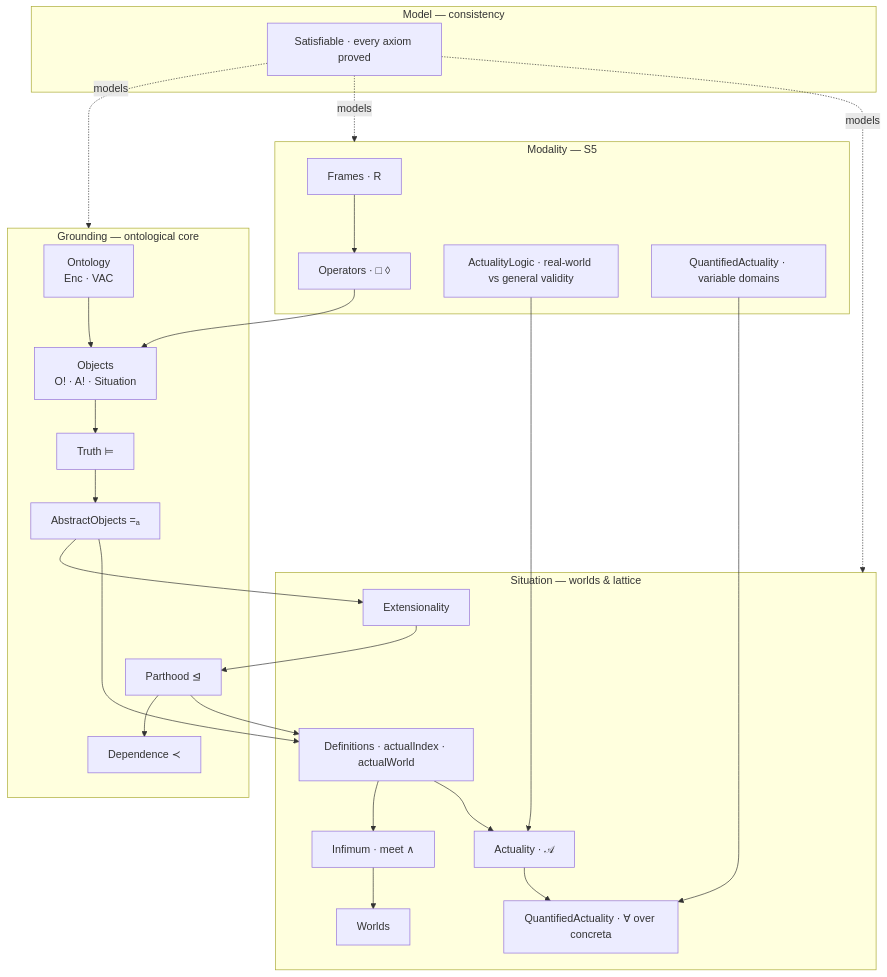
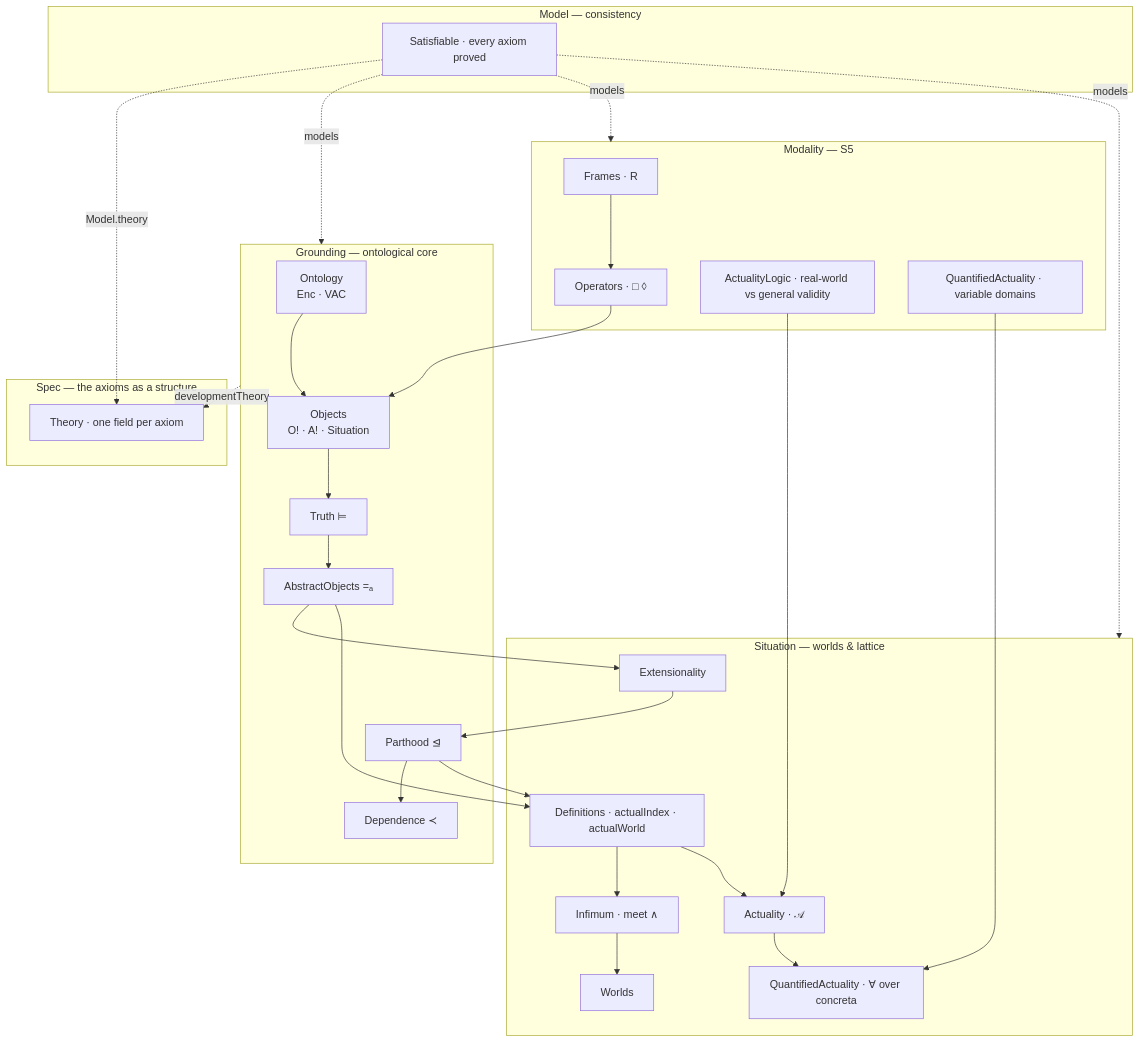
The first of 3 diagrams in README.md (HanielUlises/Possible-World-Semantics), drawn with Mermaid before and after one commit. The commit also changed other lines of this file and 1 other file, not shown here.

Commit message:
Document the Lean-checked link between the model and the axioms

````diff
--- a/README.md
+++ b/README.md
@@ -18,40 +18,45 @@
 ```mermaid
 flowchart TD
     subgraph G["Grounding — ontological core"]
         Ont["Ontology<br/>Enc · VAC"]
         Obj["Objects<br/>O! · A! · Situation"]
         Tru["Truth ⊨"]
         Par["Parthood ⊴"]
         Dep["Dependence ≺"]
         Abs["AbstractObjects =ₐ"]
     end
     subgraph M["Modality — S5"]
         Fr["Frames · R"]
         Op["Operators · □ ◊"]
         AL["ActualityLogic · real-world vs general validity"]
         QA["QuantifiedActuality · variable domains"]
     end
     subgraph S["Situation — worlds & lattice"]
         Def["Definitions · actualIndex · actualWorld"]
         Ext["Extensionality"]
         Inf["Infimum · meet ∧"]
         Wld["Worlds"]
         Act["Actuality · 𝒜"]
         QAct["QuantifiedActuality · ∀ over concreta"]
     end
     Fr --> Op
     Ont --> Obj --> Tru --> Abs --> Ext --> Par --> Dep
     Op --> Obj
     Par --> Def
     Abs --> Def --> Inf --> Wld
     Def --> Act
     AL --> Act
     Act --> QAct
     QA --> QAct
     subgraph X["Model — consistency"]
         Sat["Satisfiable · every axiom proved"]
     end
     Sat -. "models" .-> G
     Sat -. "models" .-> M
     Sat -. "models" .-> S
+    subgraph P["Spec — the axioms as a structure"]
+        Th["Theory · one field per axiom"]
+    end
+    G -. "developmentTheory" .-> Th
+    Sat -. "Model.theory" .-> Th
 ```
````
